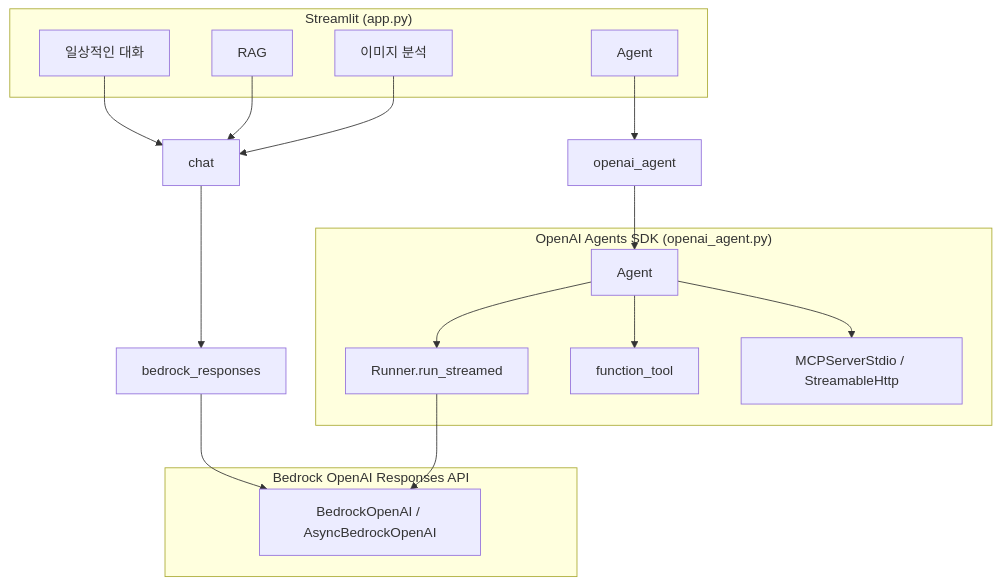
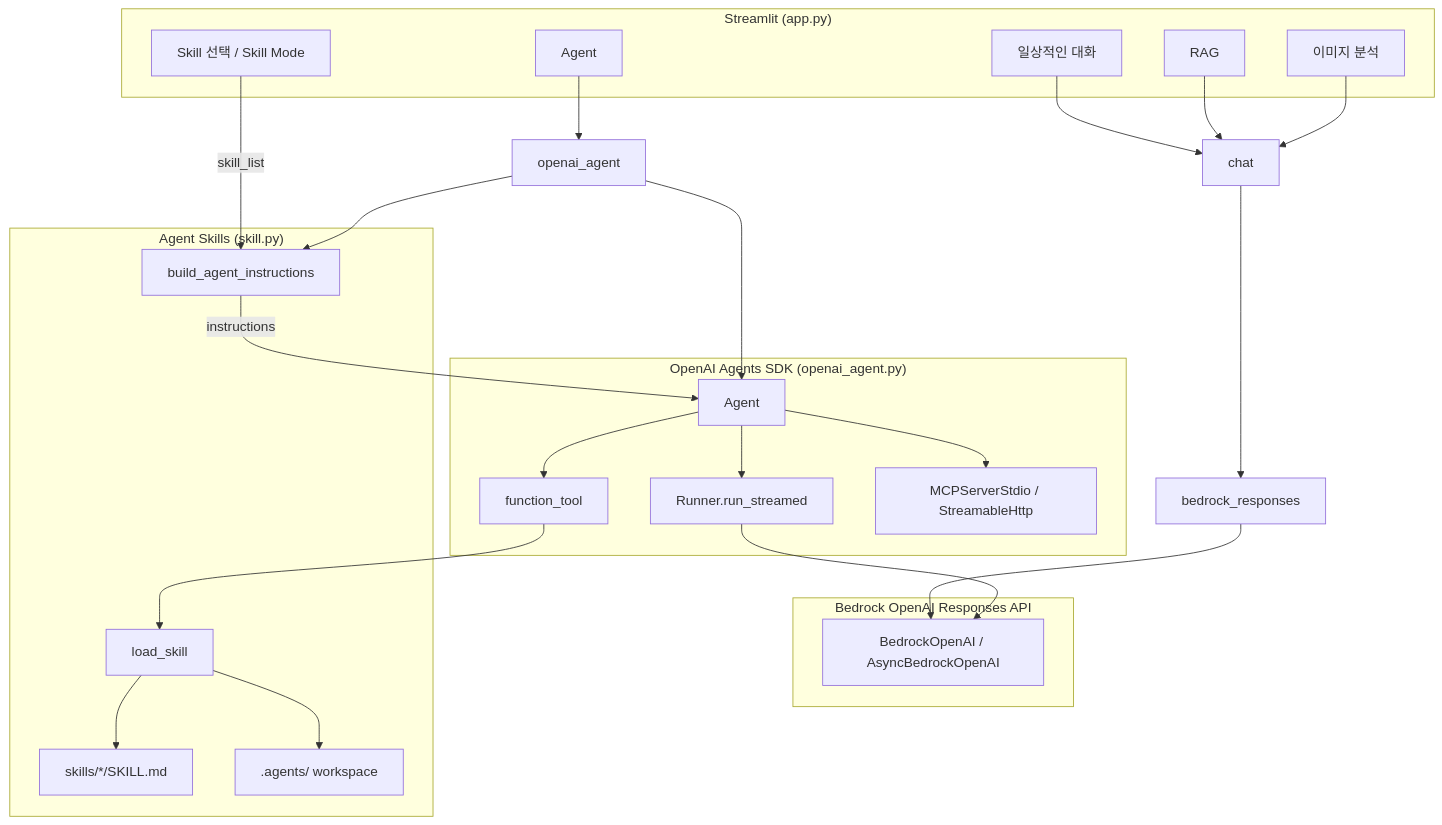
Before and after one commit to kyopark2014/openai-agent: the diagram in README.md, drawn with Mermaid. The commit also changed other lines of this file, not shown here.

````diff
--- a/README.md
+++ b/README.md
@@ -26,32 +27,46 @@
 ```mermaid
 flowchart TB
   subgraph UI["Streamlit (app.py)"]
     M1[일상적인 대화]
     M2[RAG]
     M3[Agent]
     M4[이미지 분석]
+    SKUI[Skill 선택 / Skill Mode]
   end
 
   subgraph LLM["Bedrock OpenAI Responses API"]
     BR[BedrockOpenAI / AsyncBedrockOpenAI]
+  end
+
+  subgraph Skills["Agent Skills (skill.py)"]
+    SRC["skills/*/SKILL.md"]
+    WS[".agents/ workspace"]
+    BI[build_agent_instructions]
+    LS[load_skill]
   end
 
   subgraph AgentStack["OpenAI Agents SDK (openai_agent.py)"]
     A[Agent]
     R[Runner.run_streamed]
     FT[function_tool]
     MCP[MCPServerStdio / StreamableHttp]
   end
 
   M1 --> chat
   M2 --> chat
   M4 --> chat
   M3 --> openai_agent
+  SKUI -->|skill_list| BI
 
   chat --> bedrock_responses --> BR
   openai_agent --> A
+  openai_agent --> BI
+  BI -->|instructions| A
   A --> R
   A --> FT
   A --> MCP
+  FT --> LS
+  LS --> SRC
+  LS --> WS
   R --> BR
 ```
````
